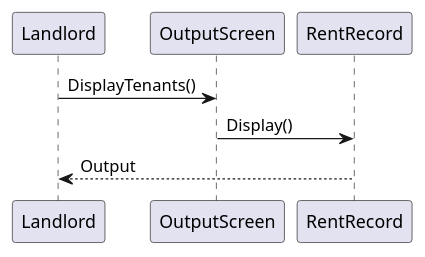
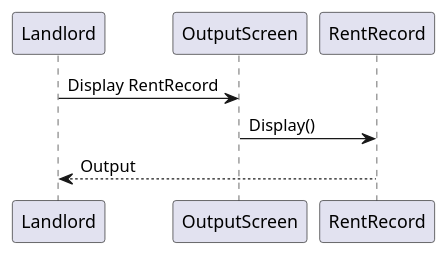
One commit to ben9543/CECS-343-Capstone-Project changed the diagram in activity5/displayRentRecord.puml. Above: the diagram before and after it, drawn with PlantUML. The commit also changed 13 other files, not shown here.

Commit message:
Update all diagrams

```diff
--- a/activity5/displayRentRecord.puml
+++ b/activity5/displayRentRecord.puml
@@ -1,7 +1,7 @@
 @startuml DisplayRentRecord
 
-Landlord -> OutputScreen: DisplayTenants()
+Landlord -> OutputScreen: Display RentRecord
 OutputScreen -> RentRecord: Display()
 Landlord <-- RentRecord: Output
 
 @enduml
```
